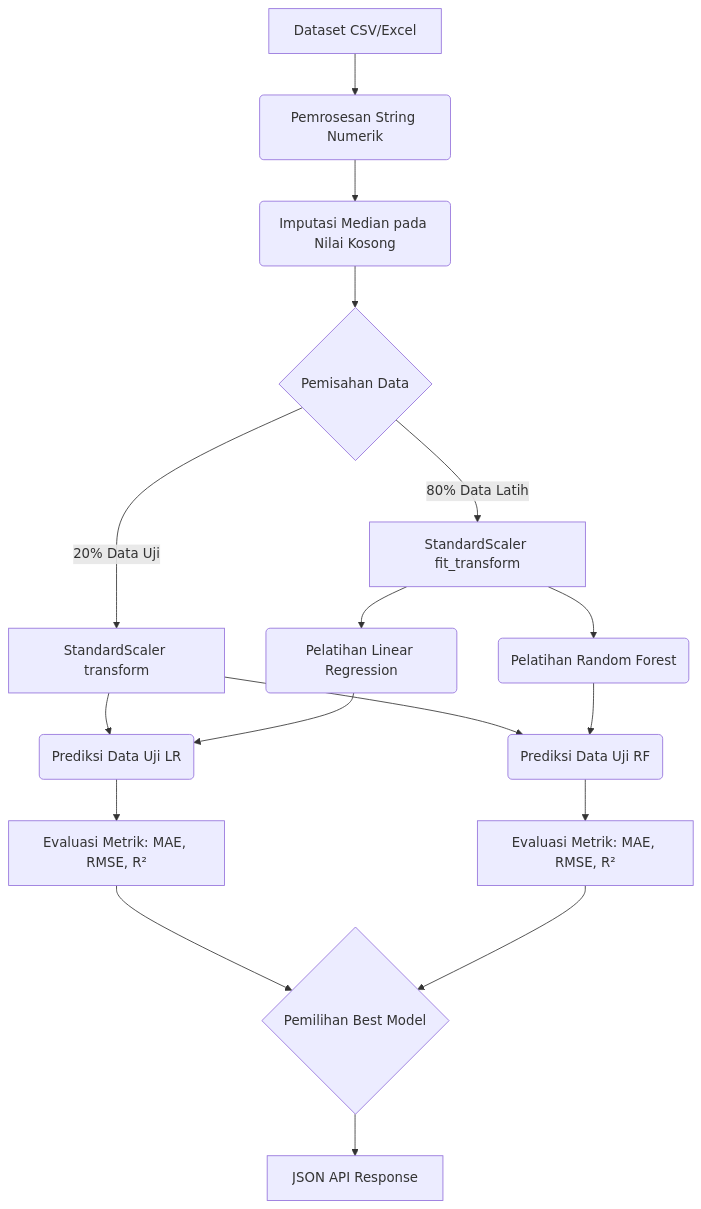
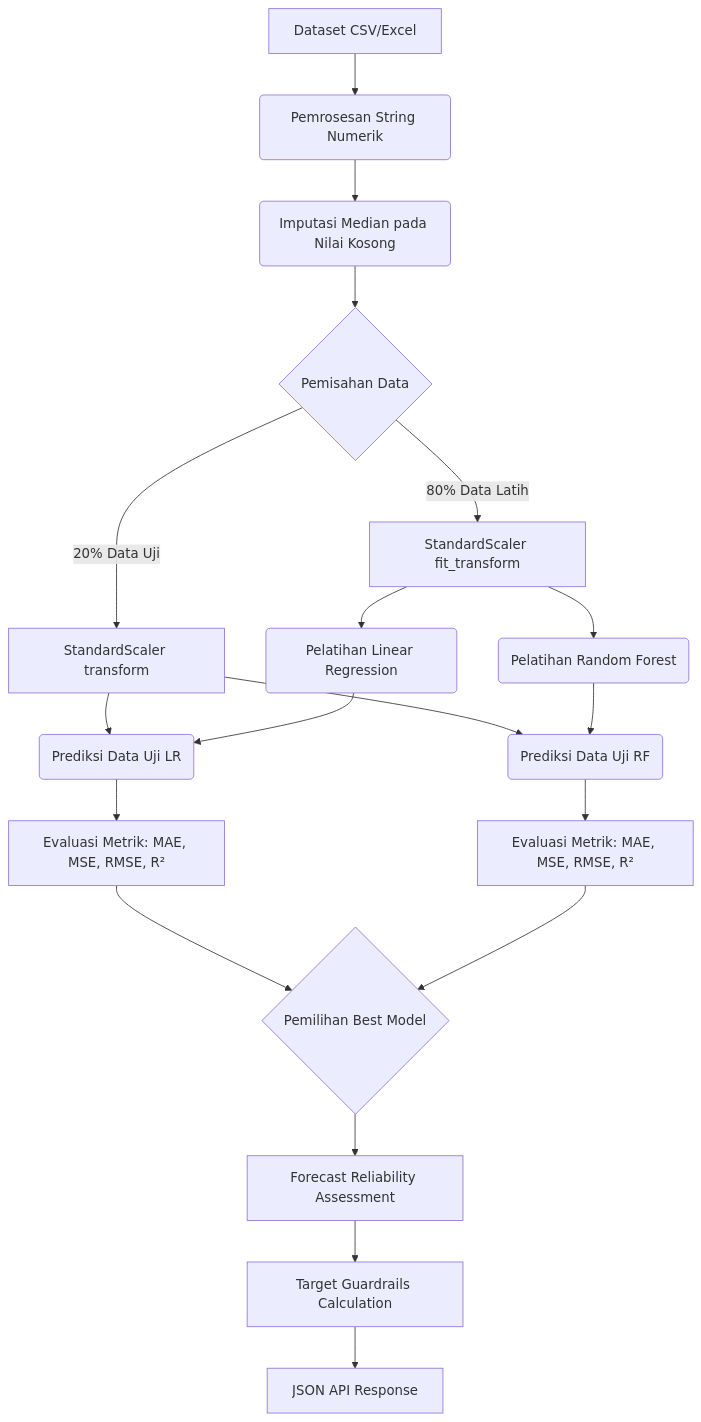
One commit to roderikusro/PredictIQ changed the first of 4 diagrams in docs/05_technical_statistics_ml.md. Above: the diagram before and after it, drawn with Mermaid. The commit also changed other lines of this file and 1 other file, not shown here.

````diff
--- a/docs/05_technical_statistics_ml.md
+++ b/docs/05_technical_statistics_ml.md
@@ -11,26 +11,28 @@
 ```mermaid
 graph TD
     A[Dataset CSV/Excel] --> B(Pemrosesan String Numerik)
     B --> C(Imputasi Median pada Nilai Kosong)
     C --> D{Pemisahan Data}
     
     D -->|80% Data Latih| E[StandardScaler fit_transform]
     D -->|20% Data Uji| F[StandardScaler transform]
     
     E --> G(Pelatihan Linear Regression)
     E --> H(Pelatihan Random Forest)
     
     F --> I(Prediksi Data Uji LR)
     F --> J(Prediksi Data Uji RF)
     
     G --> I
     H --> J
     
-    I --> K[Evaluasi Metrik: MAE, RMSE, R²]
-    J --> L[Evaluasi Metrik: MAE, RMSE, R²]
+    I --> K[Evaluasi Metrik: MAE, MSE, RMSE, R²]
+    J --> L[Evaluasi Metrik: MAE, MSE, RMSE, R²]
     
     K --> M{Pemilihan Best Model}
     L --> M
     
-    M --> N[JSON API Response]
+    M --> N[Forecast Reliability Assessment]
+    N --> O[Target Guardrails Calculation]
+    O --> P[JSON API Response]
 ```
````
